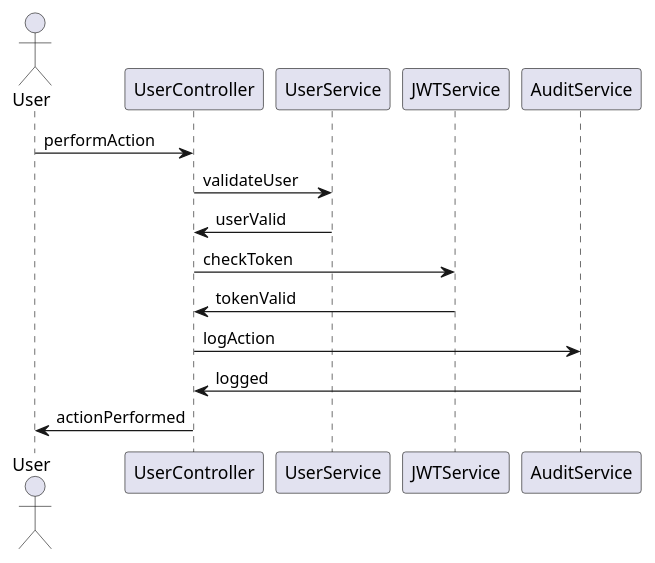
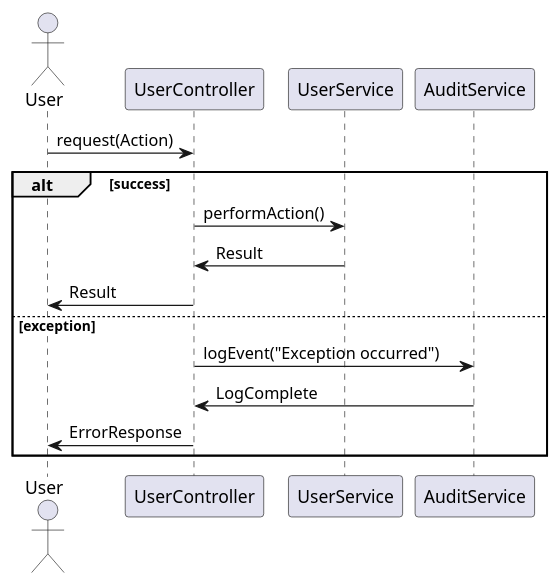
Before and after one commit to Dinesh-s95/AutoDoc.ai: the fourth of 5 diagrams in identityprovider/documentation/detaileddesign.adoc, drawn with PlantUML. The commit also changed other lines of this file and 4 other files, not shown here.

````diff
--- a/identityprovider/documentation/detaileddesign.adoc
+++ b/identityprovider/documentation/detaileddesign.adoc
@@ -304,18 +353,19 @@
 ```plantuml
 @startuml
 actor User
 participant UserController
 participant UserService
-participant JWTService
 participant AuditService
 
-User -> UserController : performAction
-UserController -> UserService : validateUser
-UserService -> UserController : userValid
-UserController -> JWTService : checkToken
-JWTService -> UserController : tokenValid
-UserController -> AuditService : logAction
-AuditService -> UserController : logged
-UserController -> User : actionPerformed
+User -> UserController : request(Action)
+alt success
+    UserController -> UserService : performAction()
+    UserService -> UserController : Result
+    UserController -> User : Result
+else exception
+    UserController -> AuditService : logEvent("Exception occurred")
+    AuditService -> UserController : LogComplete
+    UserController -> User : ErrorResponse
+end
 @enduml
 ```
````
